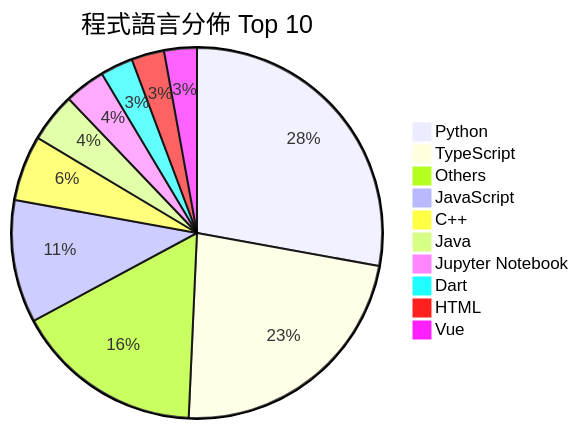
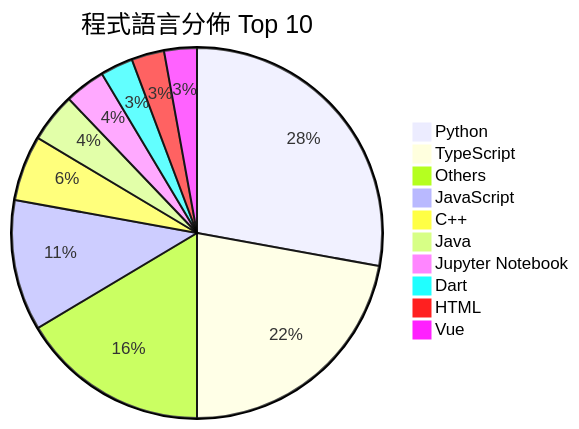
Before and after one commit to Andy87877/GitHub-Star-Manager: the second of 2 diagrams in README.md, drawn with Mermaid. The commit also changed other lines of this file and 3 other files, not shown here.

````diff
--- a/README.md
+++ b/README.md
@@ -27,13 +27,13 @@
 ```mermaid
 pie title 程式語言分佈 Top 10
     "Python" : 39
-    "TypeScript" : 32
+    "TypeScript" : 31
     "Others" : 23
-    "JavaScript" : 15
+    "JavaScript" : 16
     "C++" : 8
     "Java" : 6
     "Jupyter Notebook" : 5
     "Dart" : 4
     "HTML" : 4
     "Vue" : 4
 ```
````
